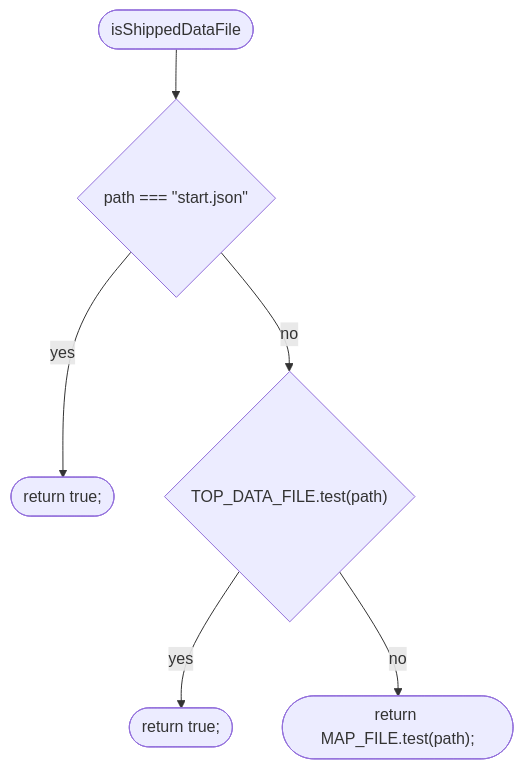
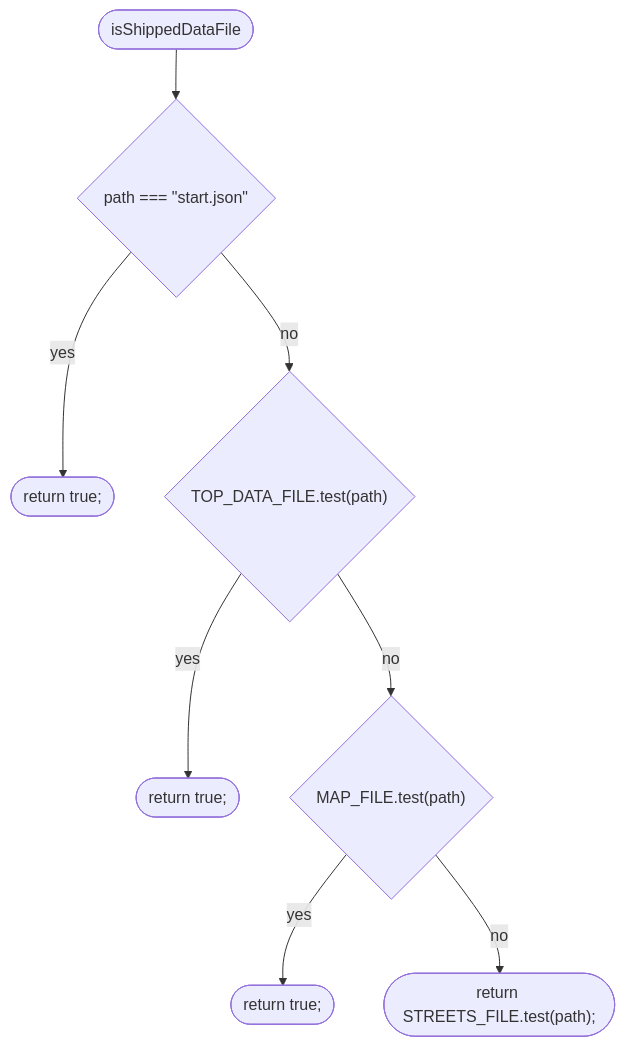
One commit to NewDara-Star/world-engine changed the diagram in docs/flows/tools/site/data-files.md. Above: the diagram before and after it, drawn with Mermaid. The commit also changed 58 other files, not shown here.

````diff
--- a/docs/flows/tools/site/data-files.md
+++ b/docs/flows/tools/site/data-files.md
@@ -7,14 +7,18 @@
 ```mermaid
 flowchart TD
   n1(["isShippedDataFile"])
   n2{"path === #quot;start.json#quot;"}
   n3(["return true;"])
   n4{"TOP_DATA_FILE.test(path)"}
   n5(["return true;"])
-  n6(["return MAP_FILE.test(path);"])
+  n6{"MAP_FILE.test(path)"}
+  n7(["return true;"])
+  n8(["return STREETS_FILE.test(path);"])
   n1 --> n2
   n2 -->|"yes"| n3
   n2 -->|"no"| n4
   n4 -->|"yes"| n5
   n4 -->|"no"| n6
+  n6 -->|"yes"| n7
+  n6 -->|"no"| n8
 ```
````
